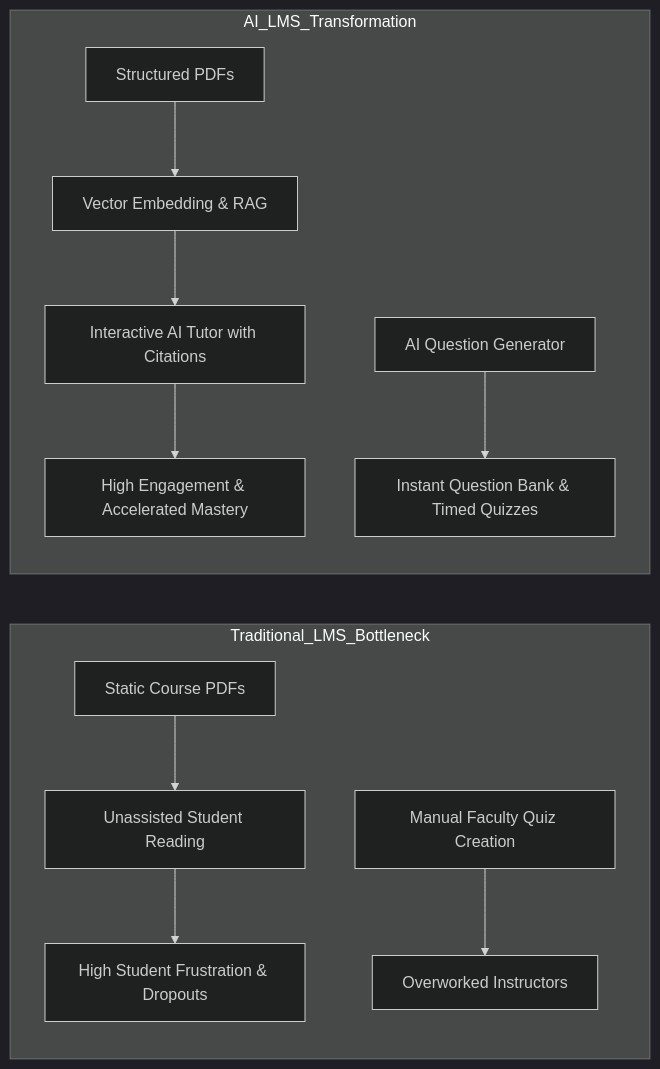
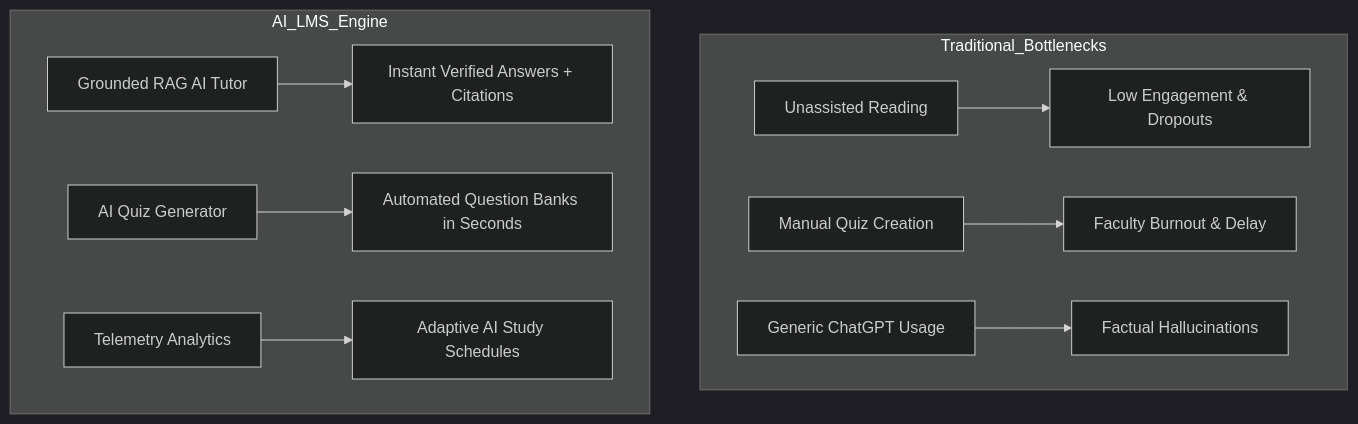
Before and after one commit to adilpalachira/AI_LMS: the fifth of 18 diagrams in docs/PRESENTATION_REPORT_FIRST_EVALUATION.md, drawn with Mermaid (dark theme). The commit also changed other lines of this file and 4 other files, not shown here.

````diff
--- a/docs/PRESENTATION_REPORT_FIRST_EVALUATION.md
+++ b/docs/PRESENTATION_REPORT_FIRST_EVALUATION.md
@@ -131,15 +221,14 @@
 ```mermaid
-flowchart LR
-    subgraph Traditional_LMS_Bottleneck
-        A1[Static Course PDFs] --> A2[Unassisted Student Reading]
-        A2 --> A3[High Student Frustration & Dropouts]
-        A4[Manual Faculty Quiz Creation] --> A5[Overworked Instructors]
+flowchart TD
+    subgraph Traditional_Bottlenecks
+        P1[Unassisted Reading] --> P2[Low Engagement & Dropouts]
+        P3[Manual Quiz Creation] --> P4[Faculty Burnout & Delay]
+        P5[Generic ChatGPT Usage] --> P6[Factual Hallucinations]
     end
 
-    subgraph AI_LMS_Transformation
-        B1[Structured PDFs] --> B2[Vector Embedding & RAG]
-        B2 --> B3[Interactive AI Tutor with Citations]
-        B3 --> B4[High Engagement & Accelerated Mastery]
-        B5[AI Question Generator] --> B6[Instant Question Bank & Timed Quizzes]
+    subgraph AI_LMS_Engine
+        S1[Grounded RAG AI Tutor] --> S2[Instant Verified Answers + Citations]
+        S3[AI Quiz Generator] --> S4[Automated Question Banks in Seconds]
+        S5[Telemetry Analytics] --> S6[Adaptive AI Study Schedules]
     end
 ```
````
